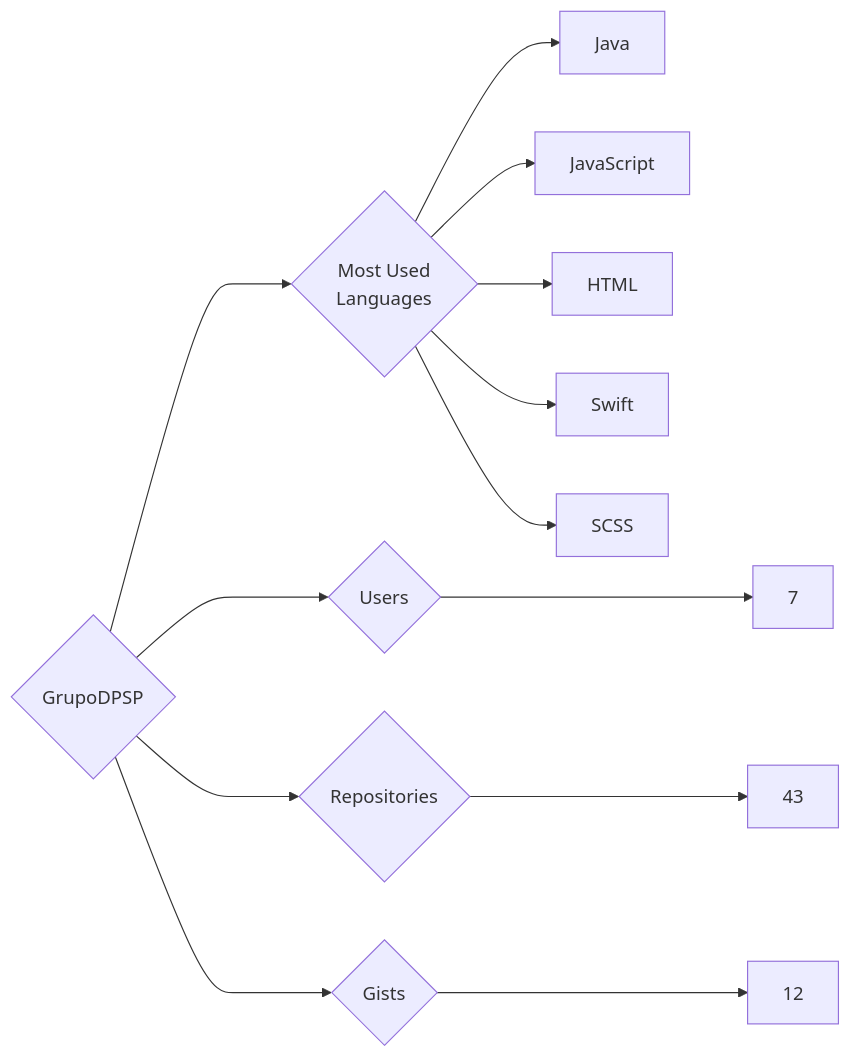
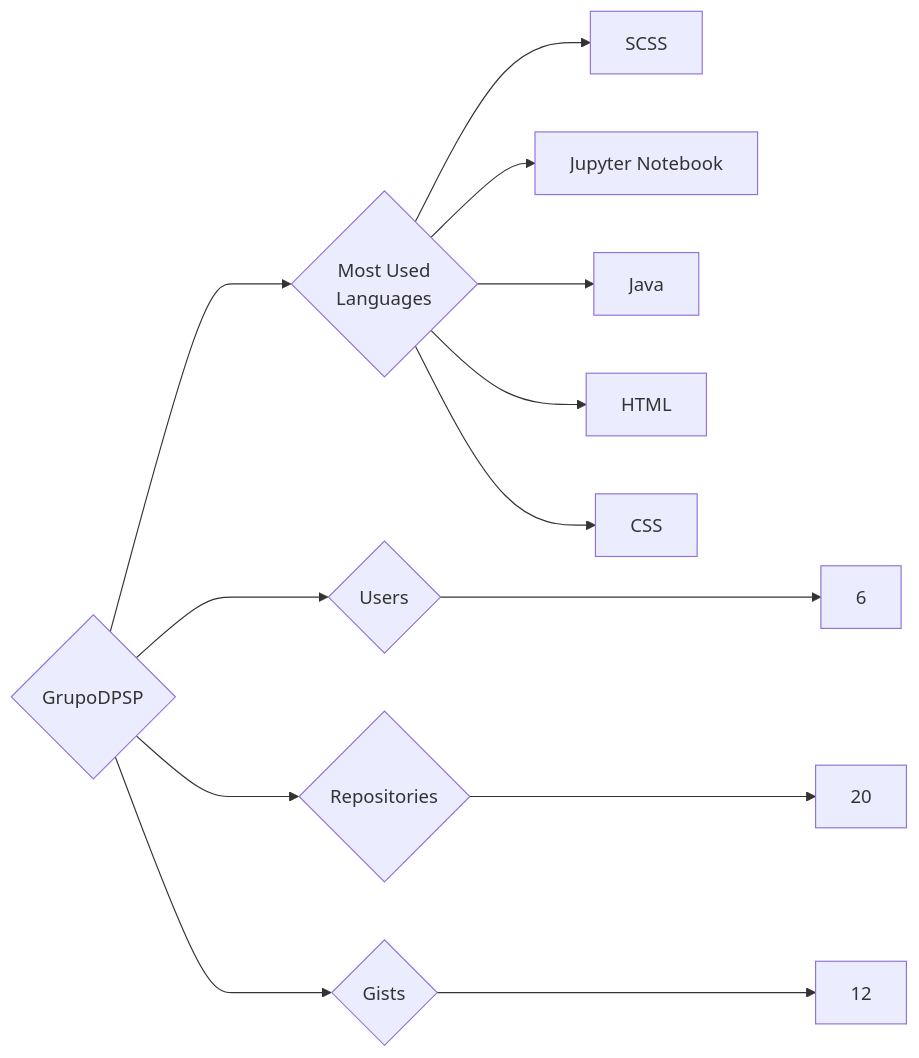
The diagram in targets/GrupoDPSP/README.md (trickest/insiders), drawn with Mermaid before and after one commit. The commit also changed 783 other files, not shown here.

````diff
--- a/targets/GrupoDPSP/README.md
+++ b/targets/GrupoDPSP/README.md
@@ -3,13 +3,13 @@
 ```mermaid
 graph LR
 COMPANY_NAME{GrupoDPSP}
-COMPANY_NAME ---> U{Users} ---> UN[7]
-COMPANY_NAME ---> R{Repositories} ---> RN[43]
+COMPANY_NAME ---> U{Users} ---> UN[6]
+COMPANY_NAME ---> R{Repositories} ---> RN[20]
 COMPANY_NAME ---> G{Gists} ---> GN[12]
 COMPANY_NAME ---> ML{Most Used<br>Languages}
+ML --> SCSS[SCSS]
+ML --> Jupyter_Notebook[Jupyter Notebook]
 ML --> Java[Java]
-ML --> JavaScript[JavaScript]
 ML --> HTML[HTML]
-ML --> Swift[Swift]
-ML --> SCSS[SCSS]
+ML --> CSS[CSS]
 ```
````
